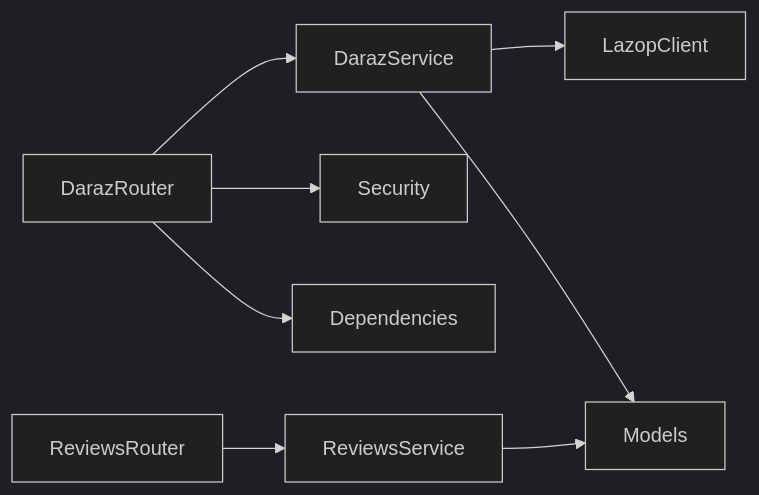
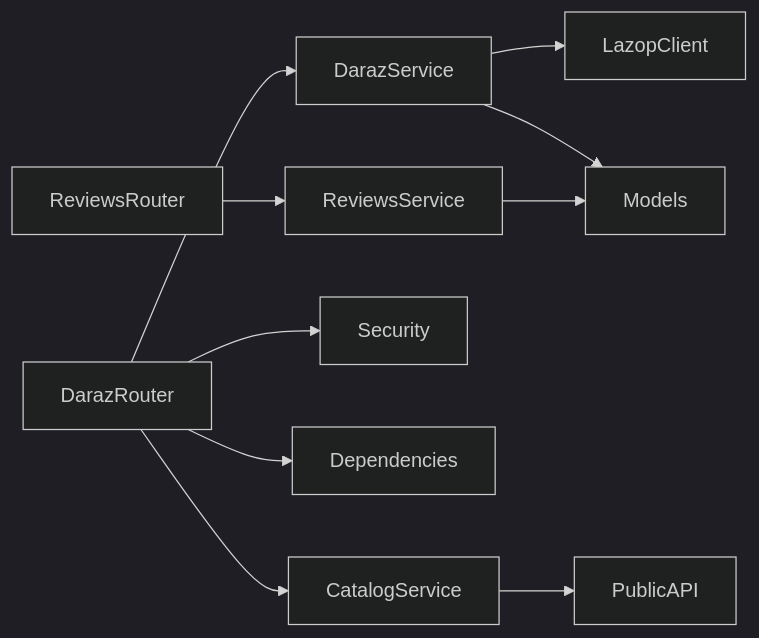
One commit to Muhammad-Masood/tijarah-ai-backend changed the fifth of 5 diagrams in .qoder/repowiki/en/content/API Reference/Marketplace Integration API/Daraz Integration API.md. Above: the diagram before and after it, drawn with Mermaid (dark theme). The commit also changed other lines of this file and 20 other files, not shown here.

Commit message:
Enhance Daraz integration with new catalog search and product hunting endpoints; update Makefile for local server host configuration. Added primary category name enrichment in product models and improved API documentation.

````diff
--- a/.qoder/repowiki/en/content/API Reference/Marketplace Integration API/Daraz Integration API.md
+++ b/.qoder/repowiki/en/content/API Reference/Marketplace Integration API/Daraz Integration API.md
@@ -312,10 +394,12 @@
 ```mermaid
 graph LR
 DarazRouter --> DarazService
+DarazRouter --> CatalogService
 DarazRouter --> Security
 DarazRouter --> Dependencies
 DarazService --> LazopClient
+CatalogService --> PublicAPI
 DarazService --> Models
 ReviewsRouter --> ReviewsService
 ReviewsService --> Models
 ```
````
